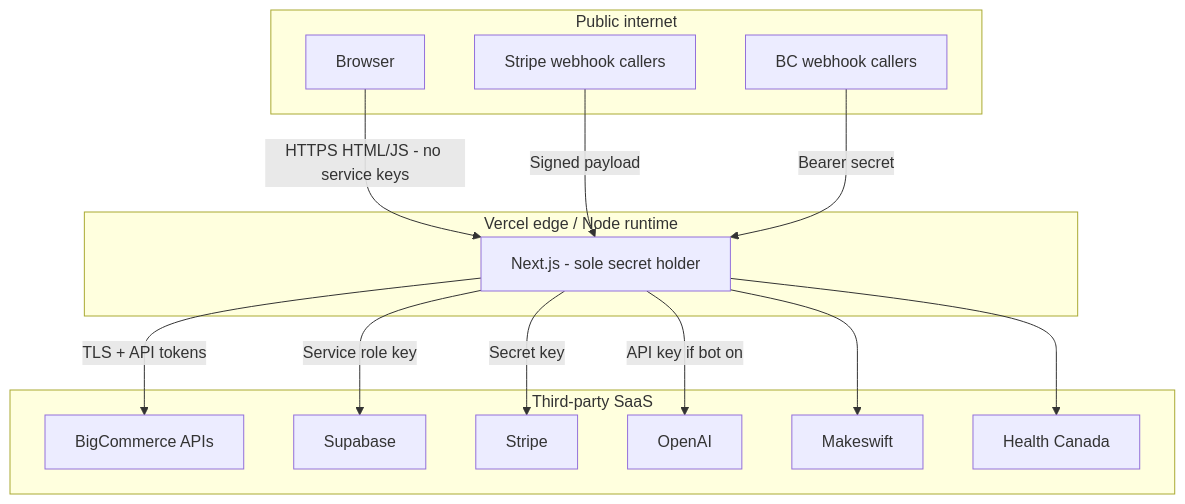
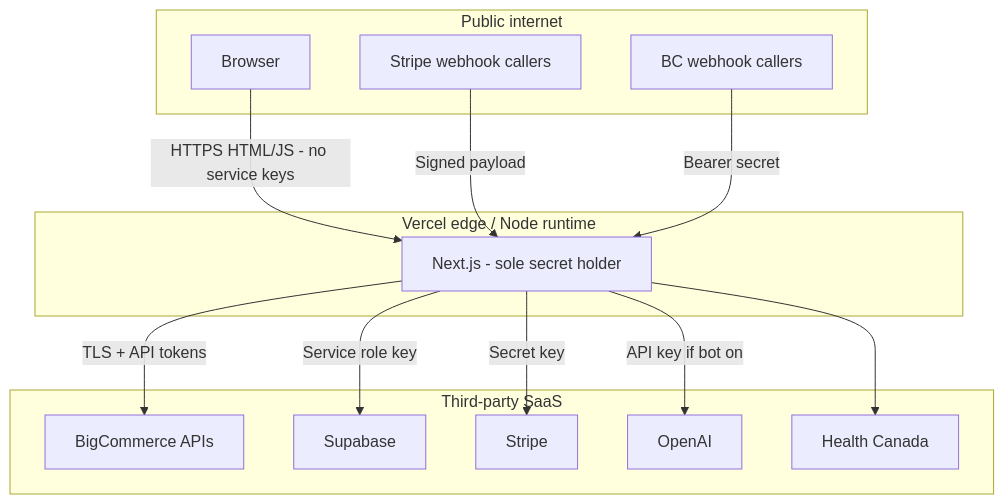
One commit to lolo19950603/liivv-test-catalyst-app changed the fifth of 5 diagrams in docs/Liivv-Architecture-Deep-Dive.md. Above: the diagram before and after it, drawn with Mermaid. The commit also changed other lines of this file and 17 other files, not shown here.

````diff
--- a/docs/Liivv-Architecture-Deep-Dive.md
+++ b/docs/Liivv-Architecture-Deep-Dive.md
@@ -233,31 +234,29 @@
 ```mermaid
 flowchart TB
   subgraph Public["Public internet"]
     Browser
     StripeWH[Stripe webhook callers]
     BCWH[BC webhook callers]
   end
 
   subgraph Edge["Vercel edge / Node runtime"]
     Next[Next.js - sole secret holder]
   end
 
   subgraph SaaS["Third-party SaaS"]
     BC[BigCommerce APIs]
     SB[Supabase]
     ST[Stripe]
     AI[OpenAI]
-    MS[Makeswift]
     DPD[Health Canada]
   end
 
   Browser -->|HTTPS HTML/JS - no service keys| Next
   StripeWH -->|Signed payload| Next
   BCWH -->|Bearer secret| Next
   Next -->|TLS + API tokens| BC
   Next -->|Service role key| SB
   Next -->|Secret key| ST
   Next -->|API key if bot on| AI
-  Next --> MS
   Next --> DPD
 ```
````
